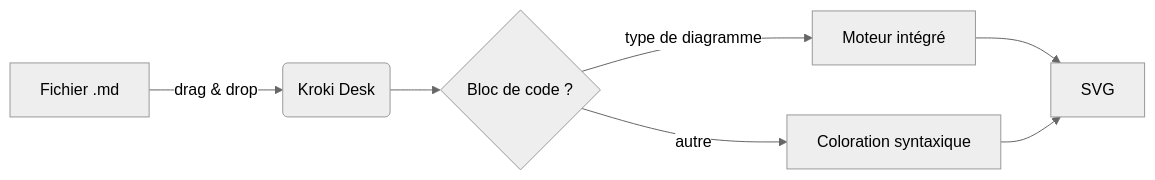
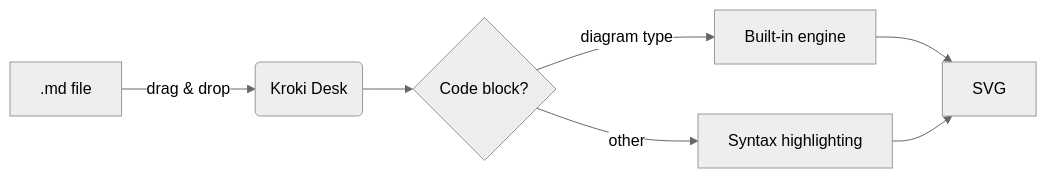
Before and after one commit to vdidon/kroki-deskapp: the first of 6 diagrams in samples/demo.md, drawn with Mermaid (neutral theme). The commit also changed other lines of this file and 10 other files, not shown here.

````diff
--- a/samples/demo.md
+++ b/samples/demo.md
@@ -38,9 +38,9 @@
 ```mermaid
 flowchart LR
-    A[Fichier .md] -->|drag & drop| B(Kroki Desk)
-    B --> C{Bloc de code ?}
-    C -->|type de diagramme| D[Moteur intégré]
-    C -->|autre| E[Coloration syntaxique]
+    A[.md file] -->|drag & drop| B(Kroki Desk)
+    B --> C{Code block?}
+    C -->|diagram type| D[Built-in engine]
+    C -->|other| E[Syntax highlighting]
     D --> F[SVG]
     E --> F
 ```
````
